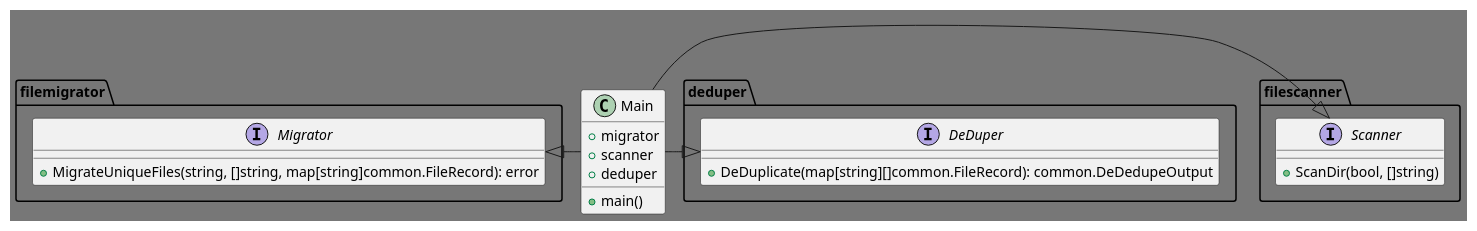
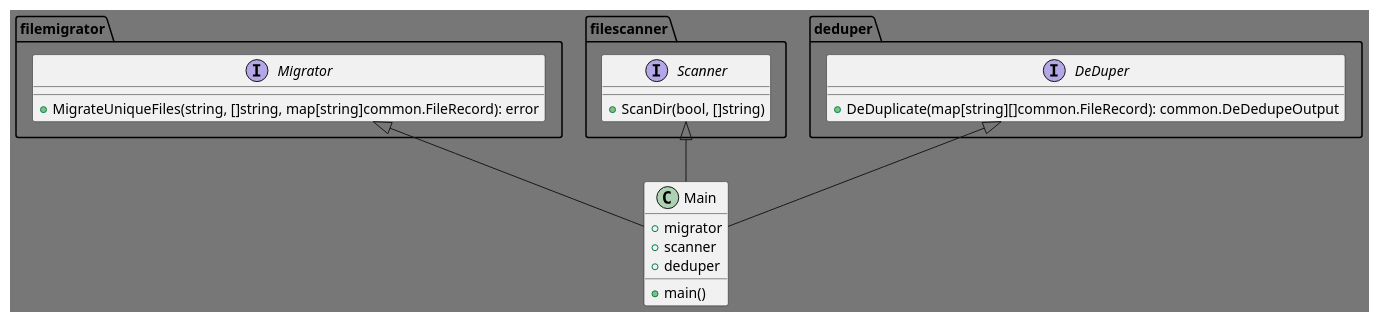
One commit to james-cathcart/file-consolidator changed the diagram in docs/architecture.puml. Above: the diagram before and after it, drawn with PlantUML. The commit also changed 1 other file, not shown here.

Commit message:
updated diagram

```diff
--- a/docs/architecture.puml
+++ b/docs/architecture.puml
@@ -1,25 +1,25 @@
 @startuml
 'https://plantuml.com/class-diagram
 skinparam backgroundColor #777777
 
 class Main {
     + migrator
     + scanner
     + deduper
     + main()
 }
 interface filemigrator.Migrator {
     +MigrateUniqueFiles(string, []string, map[string]common.FileRecord): error
 }
 interface filescanner.Scanner {
     +ScanDir(bool, []string)
 }
 interface deduper.DeDuper {
     +DeDuplicate(map[string][]common.FileRecord): common.DeDedupeOutput
 }
 
-Migrator <|- Main
-DeDuper <|- Main
-Scanner <|- Main
+Migrator <|-- Main
+DeDuper <|-- Main
+Scanner <|-- Main
 
 @enduml
```
